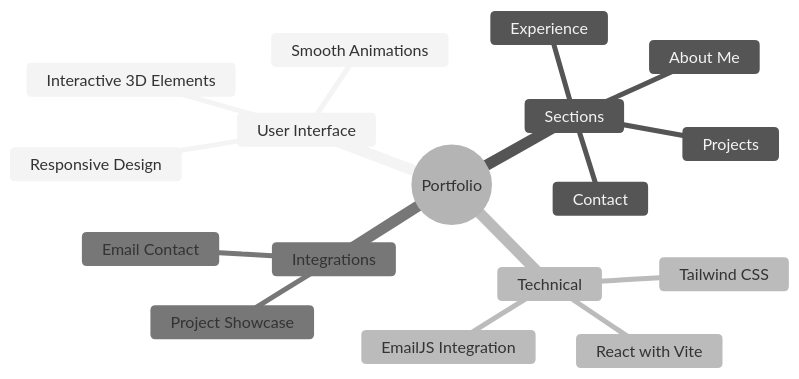
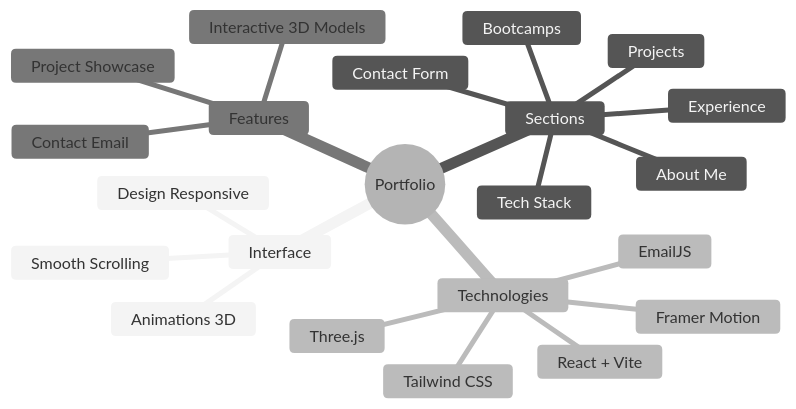
One commit to bensmailfati11/portfolio changed the diagram in README.md. Above: the diagram before and after it, drawn with Mermaid (neutral theme). The commit also changed other lines of this file, not shown here.

````diff
--- a/README.md
+++ b/README.md
@@ -24,20 +41,25 @@
 ```mermaid
 mindmap
   root((Portfolio))
-    User Interface
-      Responsive Design
-      Smooth Animations
-      Interactive 3D Elements
+    Interface
+      Design Responsive
+      Animations 3D
+      Smooth Scrolling
     Sections
       About Me
       Experience
+      Bootcamps
+      Tech Stack
       Projects
-      Contact
-    Technical
-      React with Vite
+      Contact Form
+    Technologies
+      React + Vite
       Tailwind CSS
-      EmailJS Integration
-    Integrations
-       Email Contact
+      Three.js
+      Framer Motion
+      EmailJS
+    Features
+      Contact Email
       Project Showcase
+      Interactive 3D Models
 ```
````
